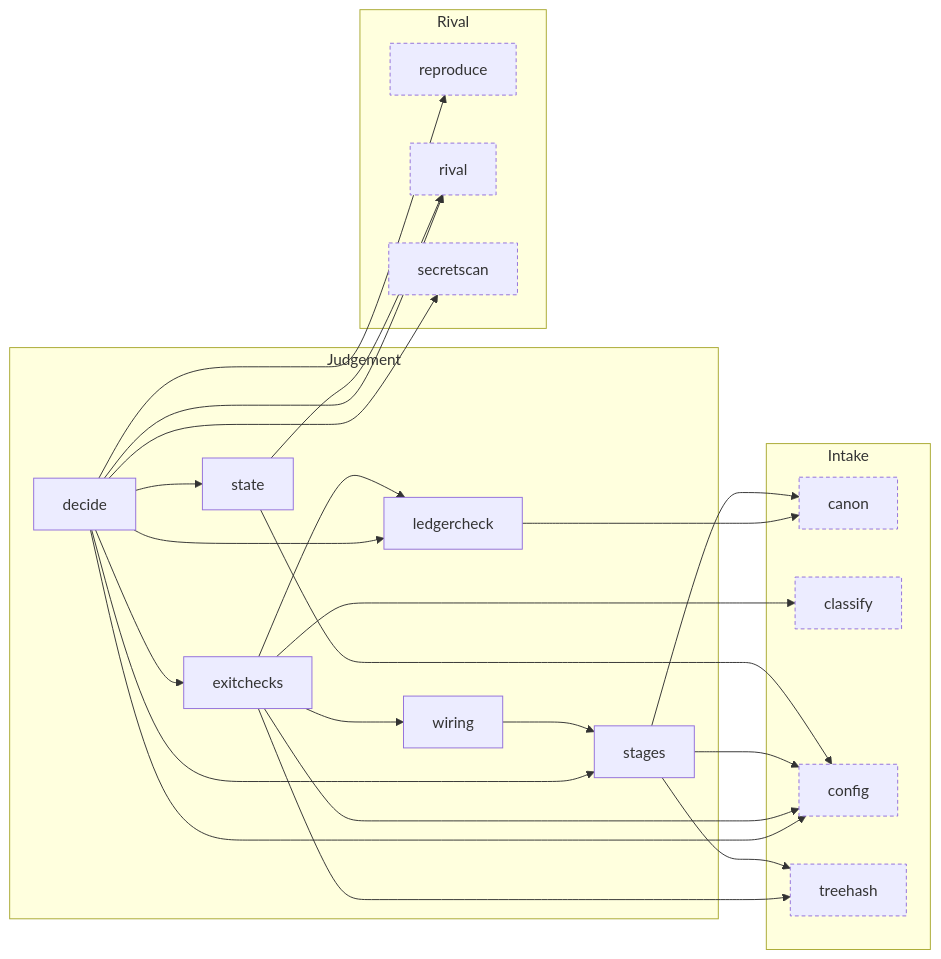
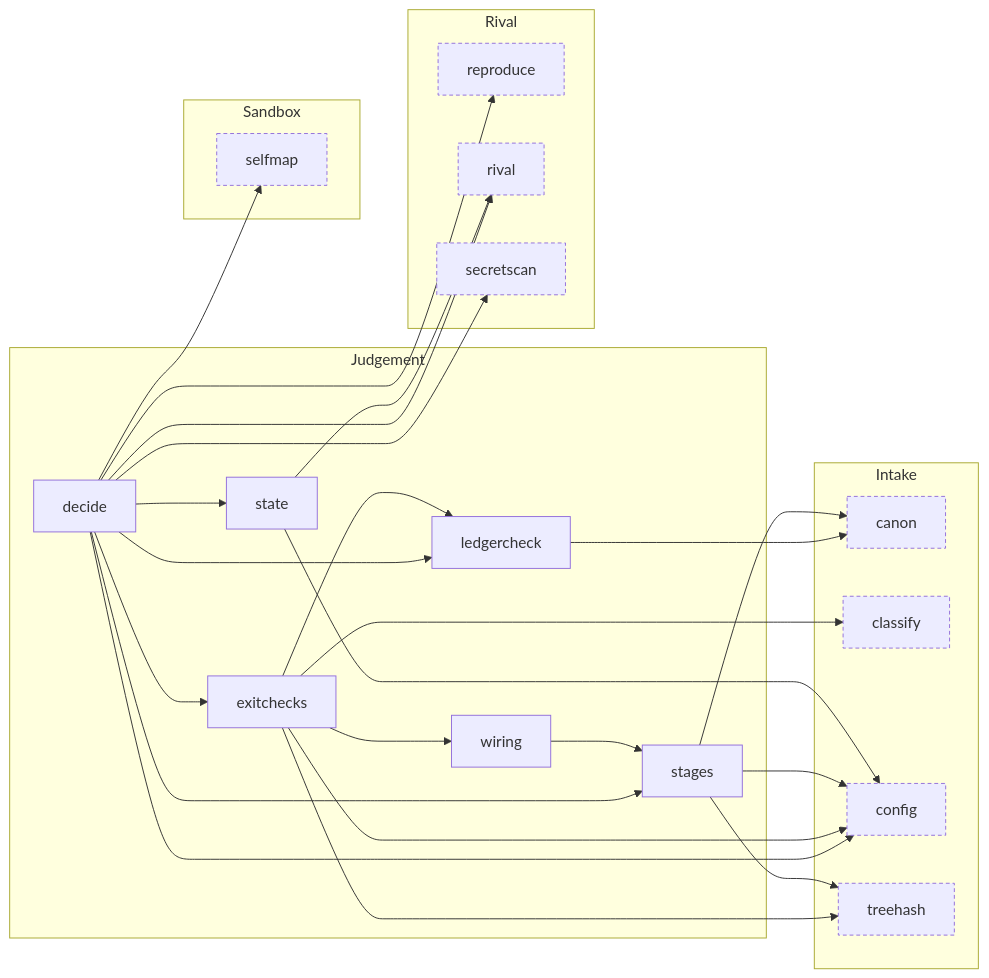
The seventh of 8 diagrams in docs/harita.md (Okan-wqm/snowball-mcp), drawn with Mermaid before and after one commit. The commit also changed other lines of this file and 15 other files, not shown here.

````diff
--- a/docs/harita.md
+++ b/docs/harita.md
@@ -326,43 +335,47 @@
 ```mermaid
 flowchart LR
   subgraph a_Judgement["Judgement"]
     m_decide["decide"]
     m_exitchecks["exitchecks"]
     m_ledgercheck["ledgercheck"]
     m_stages["stages"]
     m_state["state"]
     m_wiring["wiring"]
   end
   subgraph a_Intake["Intake"]
     m_canon["canon"]:::outside
     m_classify["classify"]:::outside
     m_config["config"]:::outside
     m_treehash["treehash"]:::outside
   end
   subgraph a_Rival["Rival"]
     m_reproduce["reproduce"]:::outside
     m_rival["rival"]:::outside
     m_secretscan["secretscan"]:::outside
   end
+  subgraph a_Sandbox["Sandbox"]
+    m_selfmap["selfmap"]:::outside
+  end
   m_decide --> m_config
   m_decide --> m_exitchecks
   m_decide --> m_ledgercheck
   m_decide --> m_reproduce
   m_decide --> m_rival
   m_decide --> m_secretscan
+  m_decide --> m_selfmap
   m_decide --> m_stages
   m_decide --> m_state
   m_exitchecks --> m_classify
   m_exitchecks --> m_config
   m_exitchecks --> m_ledgercheck
   m_exitchecks --> m_treehash
   m_exitchecks --> m_wiring
   m_ledgercheck --> m_canon
   m_stages --> m_canon
   m_stages --> m_config
   m_stages --> m_treehash
   m_state --> m_config
   m_state --> m_rival
   m_wiring --> m_stages
   classDef outside stroke-dasharray: 4 3
 ```
````
